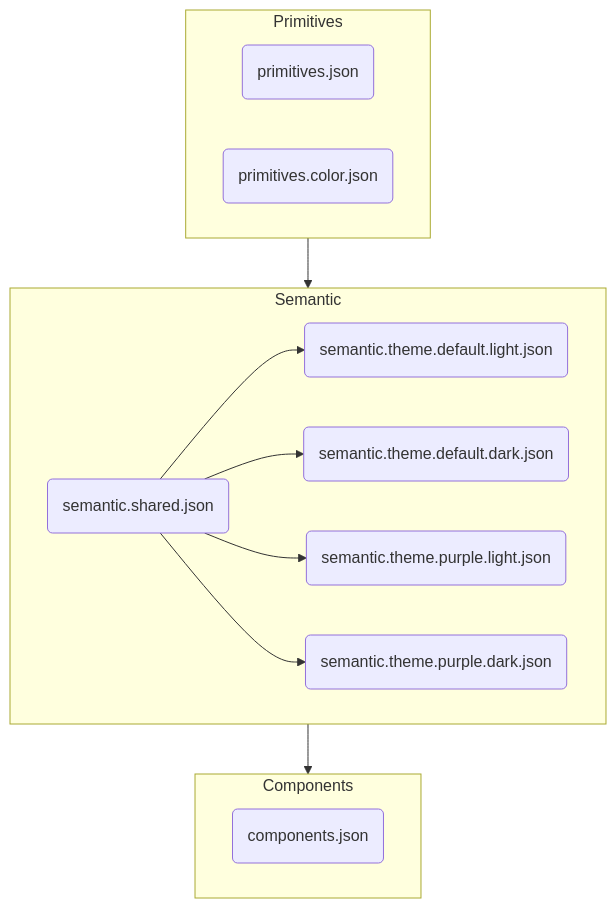
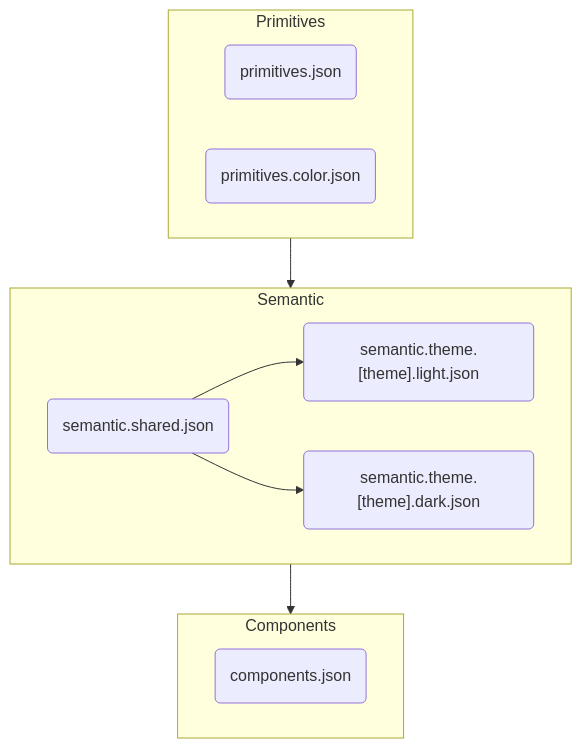
Before and after one commit to vizualization-lab/cobalt-design-system: the diagram in packages/docs/tokens/structure.md, drawn with Mermaid.

Commit message:
fix(docs): simplify mermaid diagram for token structure

````diff
--- a/packages/docs/tokens/structure.md
+++ b/packages/docs/tokens/structure.md
@@ -15,29 +15,25 @@
 ```mermaid
 flowchart TD
 
 
 subgraph Primitives["Primitives"]
 p("primitives.json")
 pc("primitives.color.json")
 end
 
 subgraph Semantic["Semantic"]
 ss(semantic.shared.json)
-stl("semantic.theme.default.light.json")
-std("semantic.theme.default.dark.json")
-sptl("semantic.theme.purple.light.json")
-sptd("semantic.theme.purple.dark.json")
+stl("semantic.theme.[theme].light.json")
+std("semantic.theme.[theme].dark.json")
 ss-->stl
 ss-->std
-ss-->sptl
-ss-->sptd
 end
 
 
 subgraph Components["Components"]
 c("components.json")
 end
 
 Primitives-->Semantic
 Semantic-->Components
 ```
````
